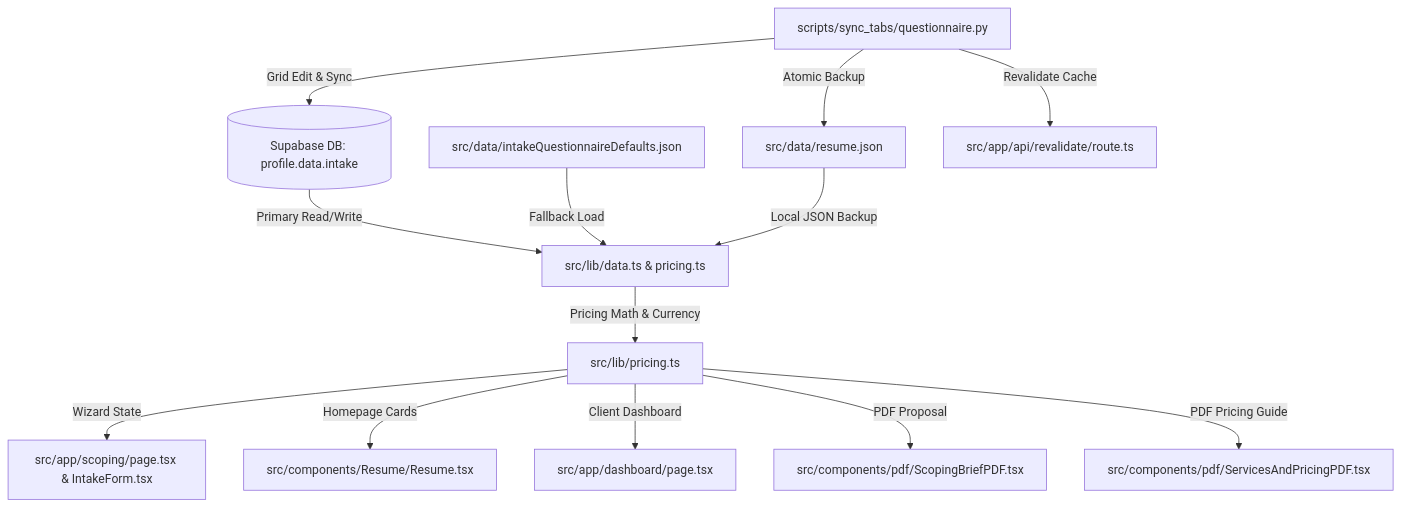
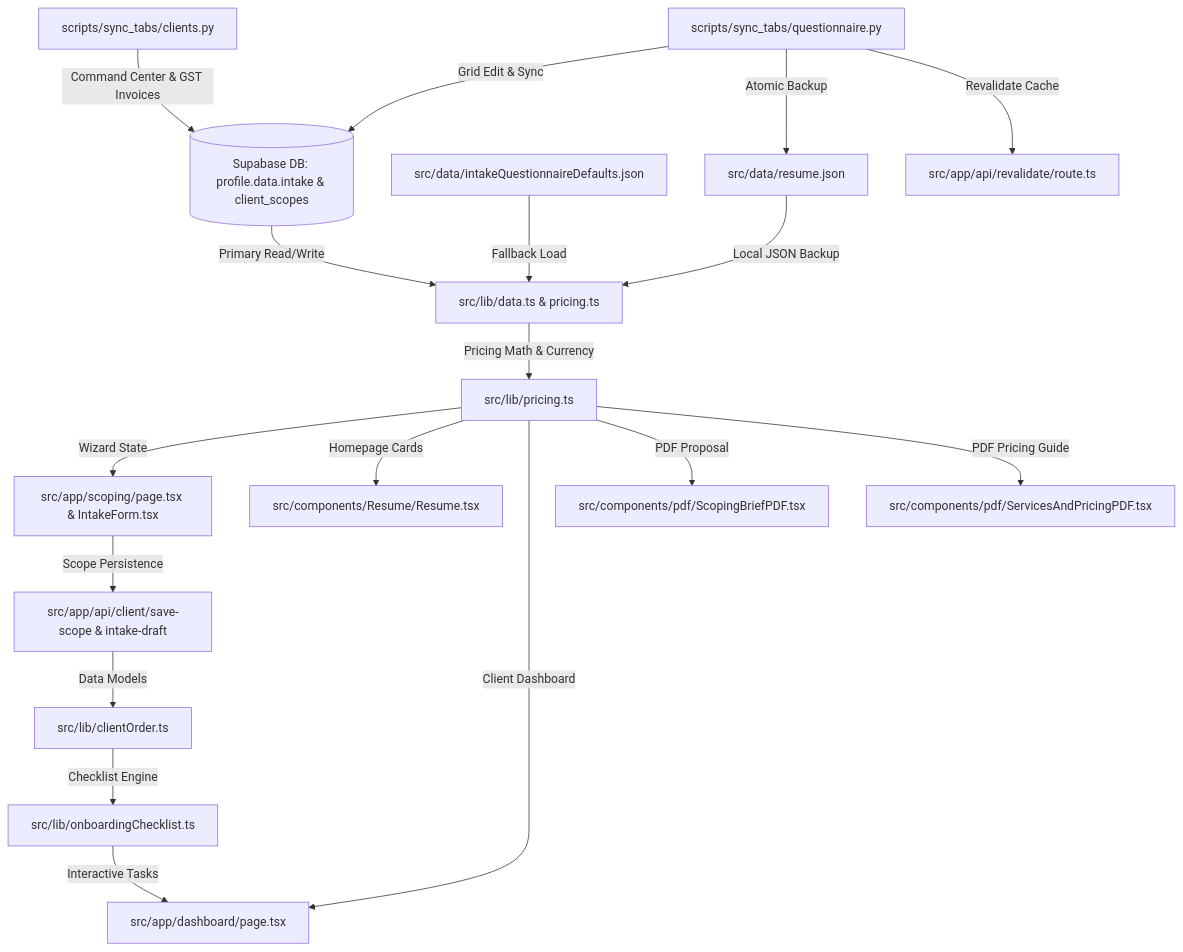
Before and after one commit to prat3010/Prateek_website: the first of 5 diagrams in docs/ARCHITECTURE_DEPENDENCY_MAP.md, drawn with Mermaid. The commit also changed other lines of this file and 56 other files, not shown here.

````diff
--- a/docs/ARCHITECTURE_DEPENDENCY_MAP.md
+++ b/docs/ARCHITECTURE_DEPENDENCY_MAP.md
@@ -11,18 +11,24 @@
 ```mermaid
 graph TD
-    DB[(Supabase DB: profile.data.intake)] -->|Primary Read/Write| Session[src/lib/data.ts & pricing.ts]
+    DB[(Supabase DB: profile.data.intake & client_scopes)] -->|Primary Read/Write| Session[src/lib/data.ts & pricing.ts]
     Fallback[src/data/intakeQuestionnaireDefaults.json] -->|Fallback Load| Session
     ResumeJSON[src/data/resume.json] -->|Local JSON Backup| Session
     
     Session -->|Pricing Math & Currency| PricingLib[src/lib/pricing.ts]
     
     PricingLib -->|Wizard State| ScopingLab[src/app/scoping/page.tsx & IntakeForm.tsx]
     PricingLib -->|Homepage Cards| ServicesGuarantees[src/components/Resume/Resume.tsx]
     PricingLib -->|Client Dashboard| ClientDashboard[src/app/dashboard/page.tsx]
     PricingLib -->|PDF Proposal| ScopingPDF[src/components/pdf/ScopingBriefPDF.tsx]
     PricingLib -->|PDF Pricing Guide| ServicesPDF[src/components/pdf/ServicesAndPricingPDF.tsx]
     
+    ScopingLab -->|Scope Persistence| ClientScopeAPI[src/app/api/client/save-scope & intake-draft]
+    ClientScopeAPI -->|Data Models| ClientOrderLib[src/lib/clientOrder.ts]
+    ClientOrderLib -->|Checklist Engine| OnboardingChecklist[src/lib/onboardingChecklist.ts]
+    OnboardingChecklist -->|Interactive Tasks| ClientDashboard
+    
     SyncQuestionnaire[scripts/sync_tabs/questionnaire.py] -->|Grid Edit & Sync| DB
+    SyncClients[scripts/sync_tabs/clients.py] -->|Command Center & GST Invoices| DB
     SyncQuestionnaire -->|Atomic Backup| ResumeJSON
     SyncQuestionnaire -->|Revalidate Cache| CacheAPI[src/app/api/revalidate/route.ts]
 ```
````
